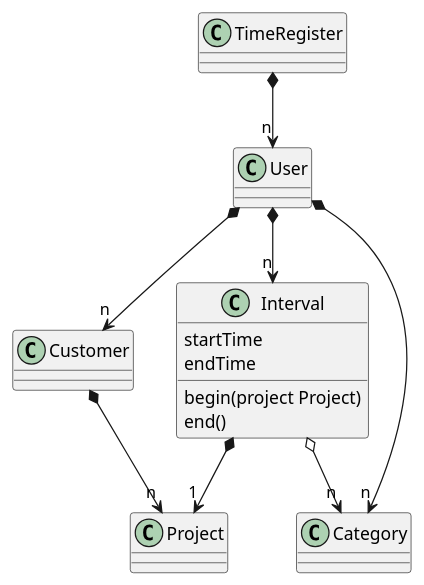
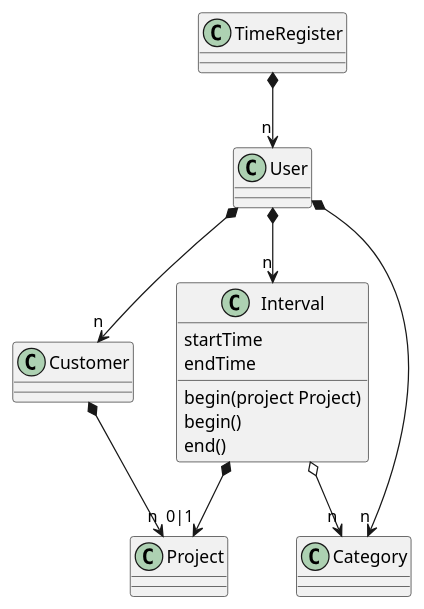
Before and after one commit to EscuelaIt/time-register: the diagram in docs/src/domain.plantuml, drawn with PlantUML. The commit also changed 1 other file, not shown here.

```diff
--- a/docs/src/domain.plantuml
+++ b/docs/src/domain.plantuml
@@ -1,22 +1,24 @@
 @startuml
 
 class TimeRegister
 class User
 class Project 
 class Category
 class Interval {
   startTime
   endTime
   begin(project Project)
+  begin()
   end()
 }
 class Customer
 
 TimeRegister *-down-> "n" User
 User *-down-> "n" Customer
 Customer *-down-> "n" Project
 User *-down-> "n" Interval
 User *-down-> "n" Category
-Interval *-> "1" Project
+Interval *-> "0|1" Project
 Interval o-down-> "n" Category
+
 @enduml
```
